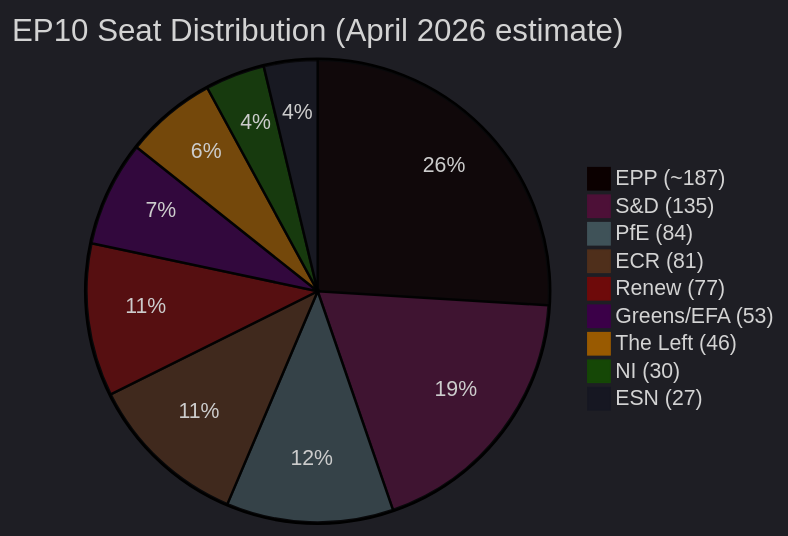
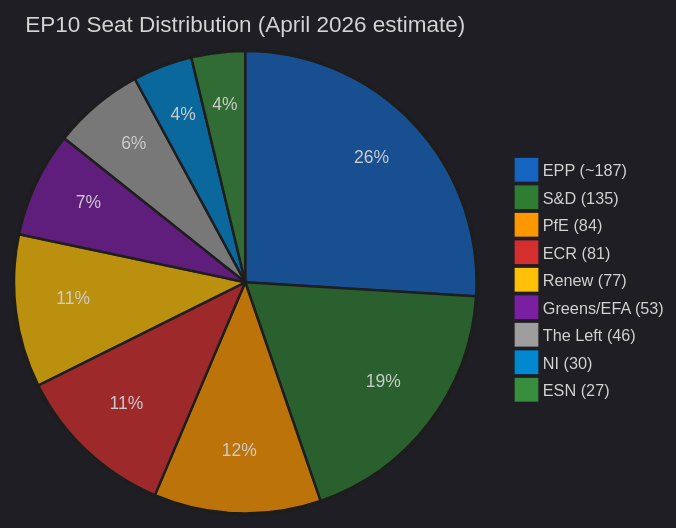
One commit to Hack23/euparliamentmonitor changed the diagram in analysis/daily/2026-04-19/breaking-run188/intelligence/coalition-dynamics.md. Above: the diagram before and after it, drawn with Mermaid. The commit also changed 13 other files, not shown here.

````diff
--- a/analysis/daily/2026-04-19/breaking-run188/intelligence/coalition-dynamics.md
+++ b/analysis/daily/2026-04-19/breaking-run188/intelligence/coalition-dynamics.md
@@ -34,13 +34,13 @@
 ```mermaid
-%%{init: {'theme': 'dark'}}%%
+%%{init: {"theme":"dark","themeVariables":{"primaryColor":"#1565C0","primaryTextColor":"#ffffff","primaryBorderColor":"#0A3F7F","lineColor":"#90CAF9","secondaryColor":"#2E7D32","secondaryTextColor":"#ffffff","secondaryBorderColor":"#0F3F00","tertiaryColor":"#FF9800","tertiaryTextColor":"#000000","tertiaryBorderColor":"#7F4F00","mainBkg":"#1565C0","secondBkg":"#2E7D32","tertiaryBkg":"#FF9800","noteBkgColor":"#FFC107","noteTextColor":"#000000","noteBorderColor":"#7F6000","errorBkgColor":"#D32F2F","errorTextColor":"#ffffff","fontFamily":"Inter, Helvetica, Arial, sans-serif","pie1":"#1565C0","pie2":"#2E7D32","pie3":"#FF9800","pie4":"#D32F2F","pie5":"#FFC107","pie6":"#7B1FA2","pie7":"#9E9E9E","pie8":"#0288D1","pie9":"#388E3C","pie10":"#F57C00","pie11":"#C62828","pie12":"#FBC02D","pieTitleTextSize":"18px","pieSectionTextSize":"14px","pieLegendTextSize":"13px","pieStrokeColor":"#1e1e1e","pieOuterStrokeColor":"#1e1e1e","git0":"#1565C0","git1":"#2E7D32","git2":"#FF9800","git3":"#D32F2F","gitBranchLabel0":"#ffffff","gitBranchLabel1":"#ffffff","gitBranchLabel2":"#000000","gitBranchLabel3":"#ffffff","cScale0":"#1565C0","cScale1":"#2E7D32","cScale2":"#FF9800","cScale3":"#D32F2F","cScale4":"#FFC107","cScale5":"#7B1FA2","cScale6":"#9E9E9E","cScale7":"#0288D1","xyChart":{"backgroundColor":"#1e1e1e","plotColorPalette":"#1565C0,#2E7D32,#FF9800,#D32F2F,#FFC107,#7B1FA2,#9E9E9E"}}}}%%
 pie title EP10 Seat Distribution (April 2026 estimate)
     "EPP (~187)" : 187
     "S&D (135)" : 135
     "PfE (84)" : 84
     "ECR (81)" : 81
     "Renew (77)" : 77
     "Greens/EFA (53)" : 53
     "The Left (46)" : 46
     "NI (30)" : 30
     "ESN (27)" : 27
 ```
````
